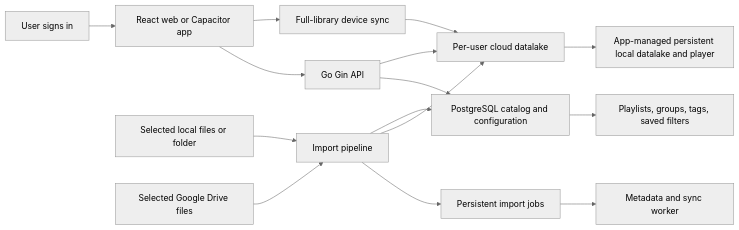
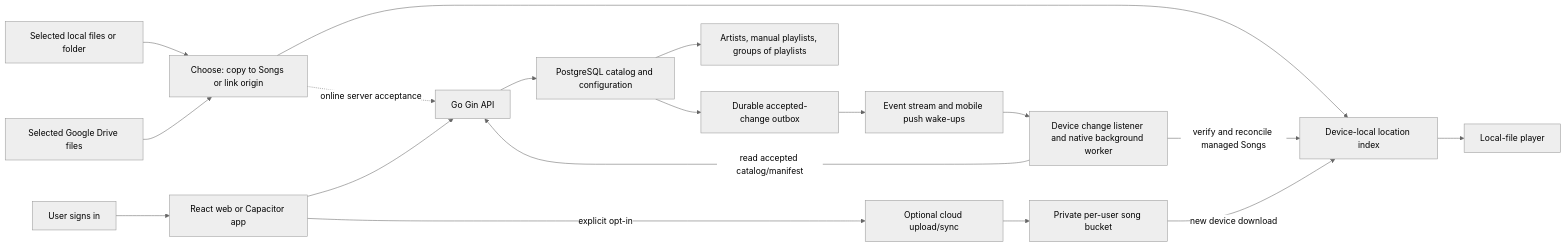
One commit to henriquepaulalima/song-sleeve changed the diagram in docs/implementation-plan.md. Above: the diagram before and after it, drawn with Mermaid (neutral theme). The commit also changed other lines of this file and 1 other file, not shown here.

First line of the commit message:
docs(plan): consolidate architecture and player design

````diff
--- a/docs/implementation-plan.md
+++ b/docs/implementation-plan.md
@@ -29,17 +76,20 @@
 ```mermaid
 flowchart LR
     User["User signs in"] --> Client["React web or Capacitor app"]
     Client --> API["Go Gin API"]
     API --> PG["PostgreSQL catalog and configuration"]
-    API --> Lake["Per-user cloud datalake"]
-    Local["Selected local files or folder"] --> Import["Import pipeline"]
+    Local["Selected local files or folder"] --> Import["Choose: copy to Songs or link origin"]
     Drive["Selected Google Drive files"] --> Import
-    Import --> Jobs["Persistent import jobs"]
-    Jobs --> Worker["Metadata and sync worker"]
-    Import --> Lake
-    Import --> PG
-    Client --> Sync["Full-library device sync"]
-    Sync --> Lake
-    Lake --> Offline["App-managed persistent local datalake and player"]
-    PG --> Organization["Playlists, groups, tags, saved filters"]
+    Import --> LocalIndex["Device-local location index"]
+    Import -. "online server acceptance" .-> API
+    Client -->|"explicit opt-in"| CloudSync["Optional cloud upload/sync"]
+    CloudSync --> Lake["Private per-user song bucket"]
+    Lake -->|"new device download"| LocalIndex
+    LocalIndex --> Player["Local-file player"]
+    PG --> Organization["Artists, manual playlists, groups of playlists"]
+    PG --> Outbox["Durable accepted-change outbox"]
+    Outbox --> Dispatch["Event stream and mobile push wake-ups"]
+    Dispatch --> Watcher["Device change listener and native background worker"]
+    Watcher -->|"read accepted catalog/manifest"| API
+    Watcher -->|"verify and reconcile managed Songs"| LocalIndex
 ```
````
